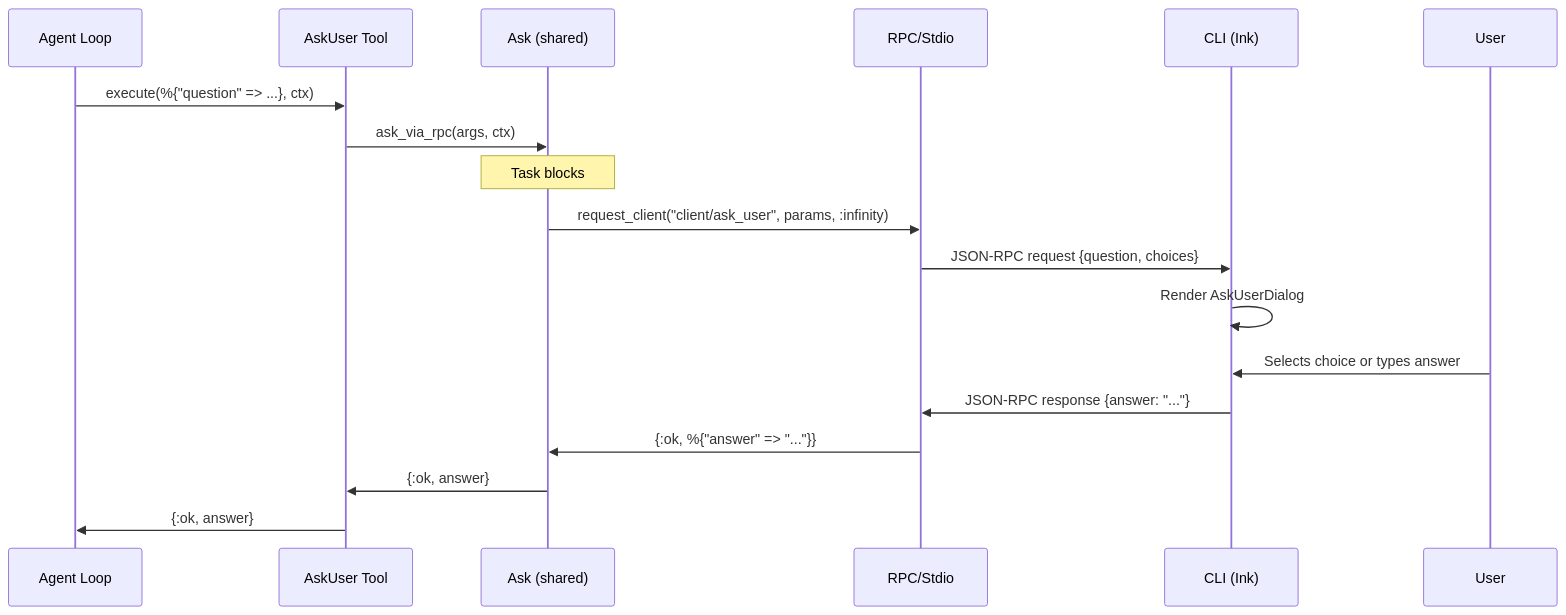
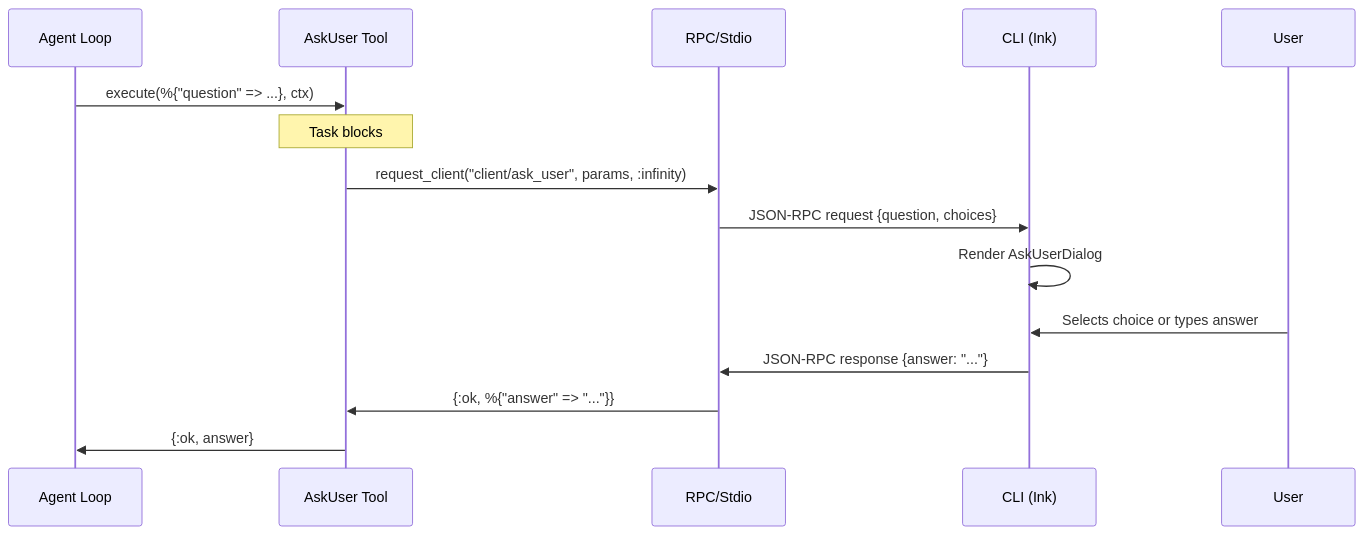
One commit to matteing/opal changed the diagram in docs/tools/user-input.md. Above: the diagram before and after it, drawn with Mermaid. The commit also changed other lines of this file and 62 other files, not shown here.

````diff
--- a/docs/tools/user-input.md
+++ b/docs/tools/user-input.md
@@ -118,21 +104,18 @@
 ```mermaid
 sequenceDiagram
     participant Agent as Agent Loop
     participant Tool as AskUser Tool
-    participant Ask as Ask (shared)
     participant RPC as RPC/Stdio
     participant CLI as CLI (Ink)
     participant User
 
     Agent->>Tool: execute(%{"question" => ...}, ctx)
-    Tool->>Ask: ask_via_rpc(args, ctx)
-    Note over Ask: Task blocks
-    Ask->>RPC: request_client("client/ask_user", params, :infinity)
+    Note over Tool: Task blocks
+    Tool->>RPC: request_client("client/ask_user", params, :infinity)
     RPC->>CLI: JSON-RPC request {question, choices}
     CLI->>CLI: Render AskUserDialog
     User->>CLI: Selects choice or types answer
     CLI->>RPC: JSON-RPC response {answer: "..."}
-    RPC->>Ask: {:ok, %{"answer" => "..."}}
-    Ask->>Tool: {:ok, answer}
+    RPC->>Tool: {:ok, %{"answer" => "..."}}
     Tool->>Agent: {:ok, answer}
 ```
````
